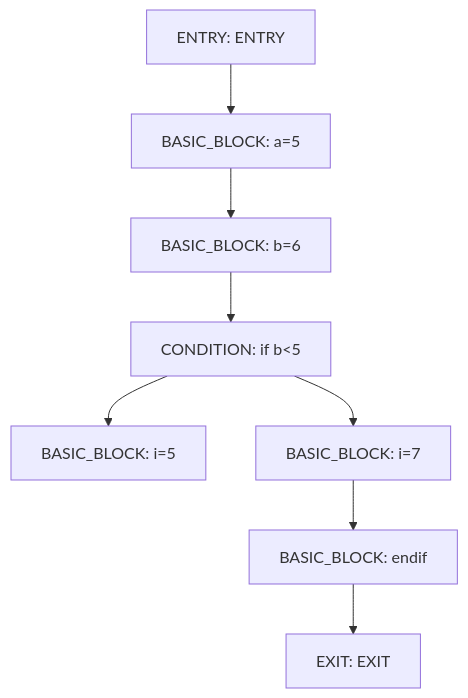
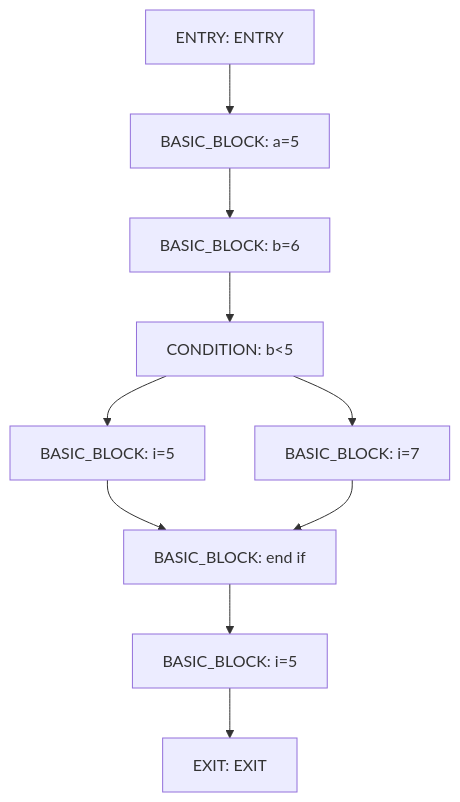
Before and after one commit to ErnandesDaniel/system-software-lab-2: the diagram in cfg/main.mmd, drawn with Mermaid. The commit also changed 3 other files, not shown here.

```diff
--- a/cfg/main.mmd
+++ b/cfg/main.mmd
@@ -1,16 +1,19 @@
 graph TD;
 N0["ENTRY: ENTRY"]
 N1["EXIT: EXIT"]
 N2["BASIC_BLOCK: a=5"]
 N3["BASIC_BLOCK: b=6"]
-N4["CONDITION: if b<5"]
+N4["CONDITION: b<5"]
 N5["BASIC_BLOCK: i=5"]
 N6["BASIC_BLOCK: i=7"]
-N7["BASIC_BLOCK: endif"]
+N7["BASIC_BLOCK: end if"]
+N8["BASIC_BLOCK: i=5"]
 N0 --> N2
 N2 --> N3
 N3 --> N4
 N4 --> N5
 N4 --> N6
+N5 --> N7
 N6 --> N7
-N7 --> N1
+N7 --> N8
+N8 --> N1
```
